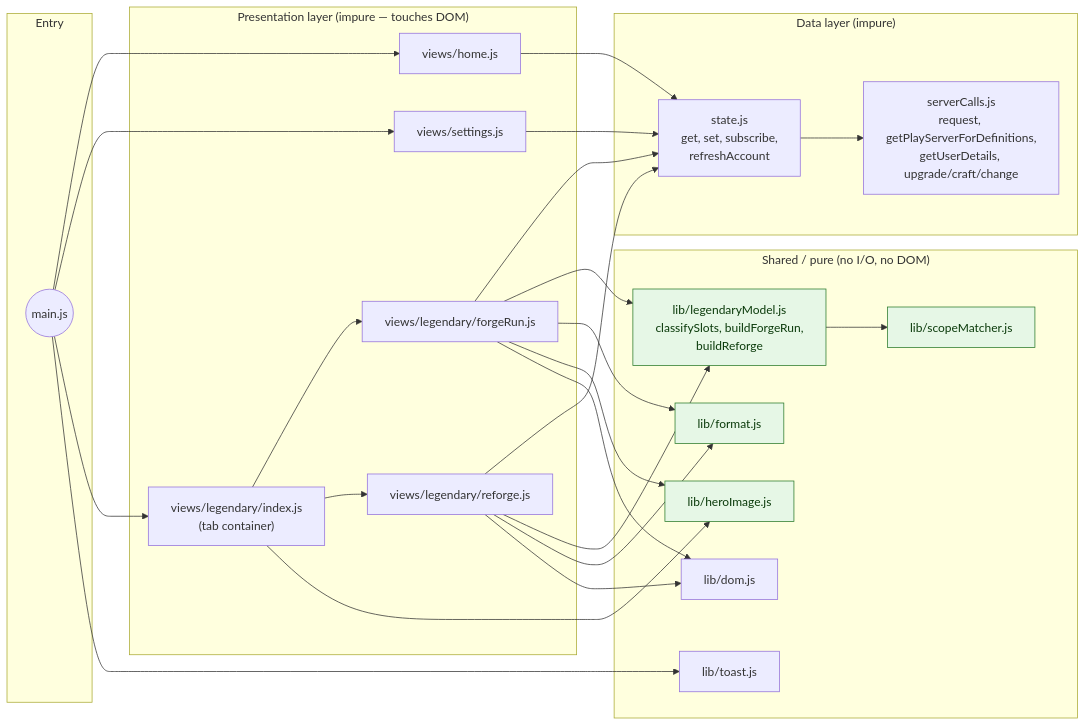
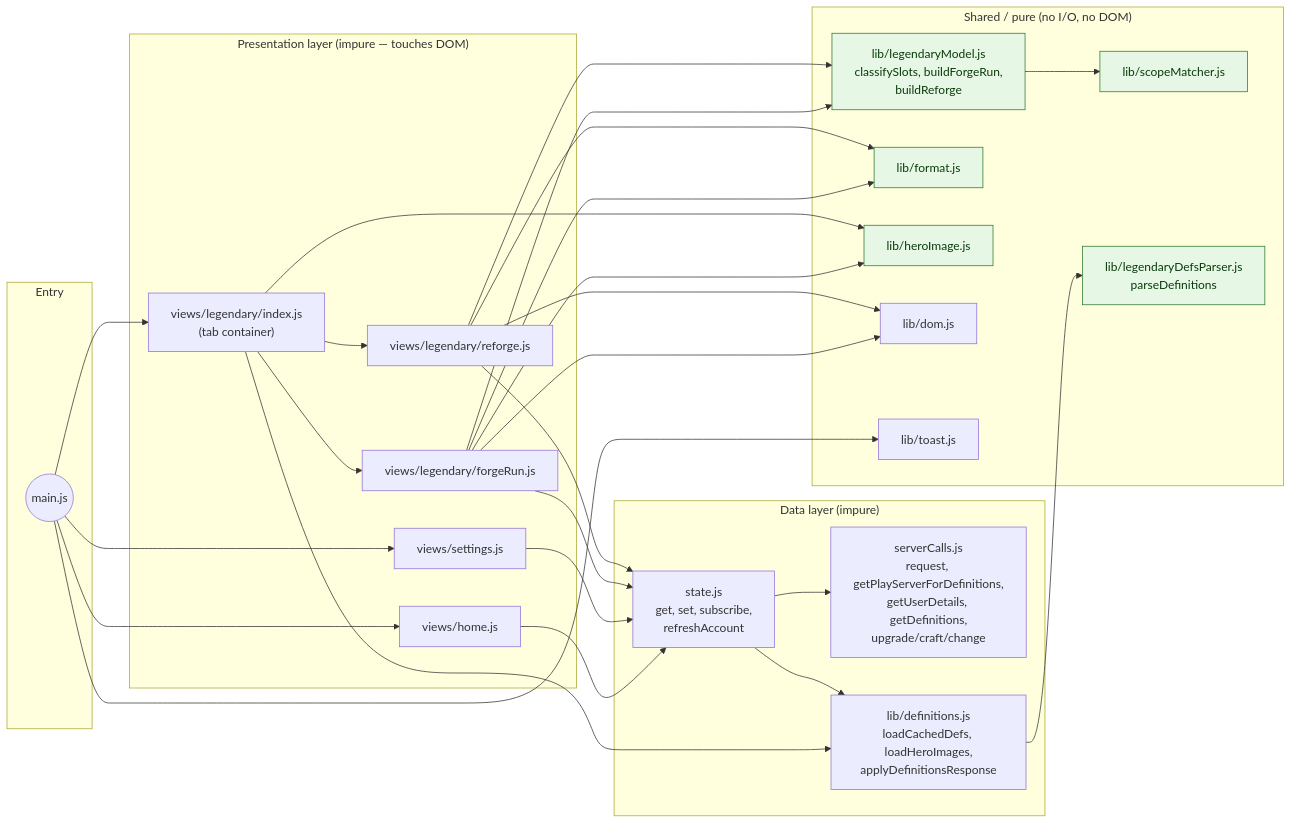
The second of 4 diagrams in docs/tech-design-legendary.md (chetanddesai/idle-champs), drawn with Mermaid before and after one commit. The commit also changed other lines of this file and 34 other files, not shown here.

````diff
--- a/docs/tech-design-legendary.md
+++ b/docs/tech-design-legendary.md
@@ -180,57 +177,62 @@
 ```mermaid
 flowchart LR
     subgraph Entry["Entry"]
         Main(("main.js"))
     end
 
     subgraph Data["Data layer (impure)"]
-        SC["serverCalls.js<br/>request, getPlayServerForDefinitions,<br/>getUserDetails, upgrade/craft/change"]
+        SC["serverCalls.js<br/>request, getPlayServerForDefinitions,<br/>getUserDetails, getDefinitions,<br/>upgrade/craft/change"]
         State["state.js<br/>get, set, subscribe,<br/>refreshAccount"]
+        Defs["lib/definitions.js<br/>loadCachedDefs, loadHeroImages,<br/>applyDefinitionsResponse"]
     end
 
     subgraph Views["Presentation layer (impure — touches DOM)"]
         Home["views/home.js"]
         Settings["views/settings.js"]
         LegIndex["views/legendary/index.js<br/>(tab container)"]
         Forge["views/legendary/forgeRun.js"]
         Reforge["views/legendary/reforge.js"]
     end
 
     subgraph Pure["Shared / pure (no I/O, no DOM)"]
         Scope["lib/scopeMatcher.js"]
         Model["lib/legendaryModel.js<br/>classifySlots, buildForgeRun,<br/>buildReforge"]
+        Parser["lib/legendaryDefsParser.js<br/>parseDefinitions"]
         Format["lib/format.js"]
         HeroImg["lib/heroImage.js"]
         Dom["lib/dom.js"]
         Toast["lib/toast.js"]
     end
 
     Main --> Home
     Main --> Settings
     Main --> LegIndex
     LegIndex --> Forge
     LegIndex --> Reforge
 
     Home --> State
     Settings --> State
     Forge --> State
     Reforge --> State
 
     Forge --> Model
     Reforge --> Model
     Model --> Scope
+    LegIndex --> Defs
+    Defs --> Parser
 
     Main --> Toast
 
     State --> SC
+    State --> Defs
 
     Forge --> Format
     Reforge --> Format
     Forge --> HeroImg
     LegIndex --> HeroImg
     Forge --> Dom
     Reforge --> Dom
 
     classDef pure fill:#e6f7e6,stroke:#2a7a2a,color:#0a3a0a
-    class Scope,Model,Format,HeroImg pure
+    class Scope,Model,Parser,Format,HeroImg pure
 ```
````
